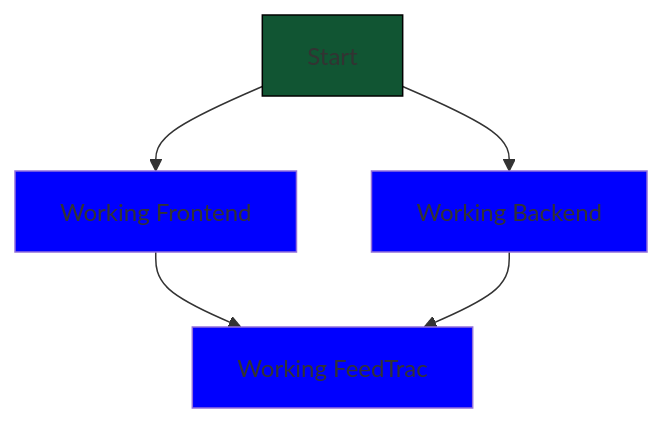
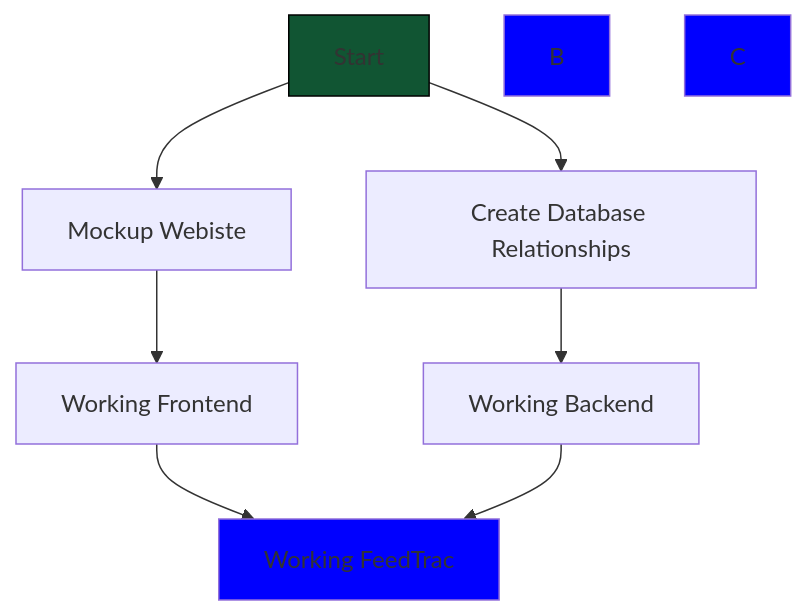
One commit to OSmith132/FeedTrac changed the diagram in Chart.md. Above: the diagram before and after it, drawn with Mermaid.

````diff
--- a/Chart.md
+++ b/Chart.md
@@ -8,18 +8,20 @@
 ```mermaid
 graph TD;
     classDef toBeDone fill:#00f
     classDef completed fill:#153,stroke:#000
     classDef halted fill:#f00
     
     A:::completed
     B:::toBeDone
     C:::toBeDone
     D:::toBeDone
     
-    A[Start]-->B[Working Frontend];
-    A-->C[Working Backend];
-    B-->D;
-    C-->D[Working FeedTrac];
+    A[Start]-->B5;
+    A-->C5[Create Database Relationships];
+    C5-->C10[Working Backend];
+    B5[Mockup Webiste]-->B10[Working Frontend];
+    B10-->D;
+    C10-->D[Working FeedTrac];
     
     
 ```
````
